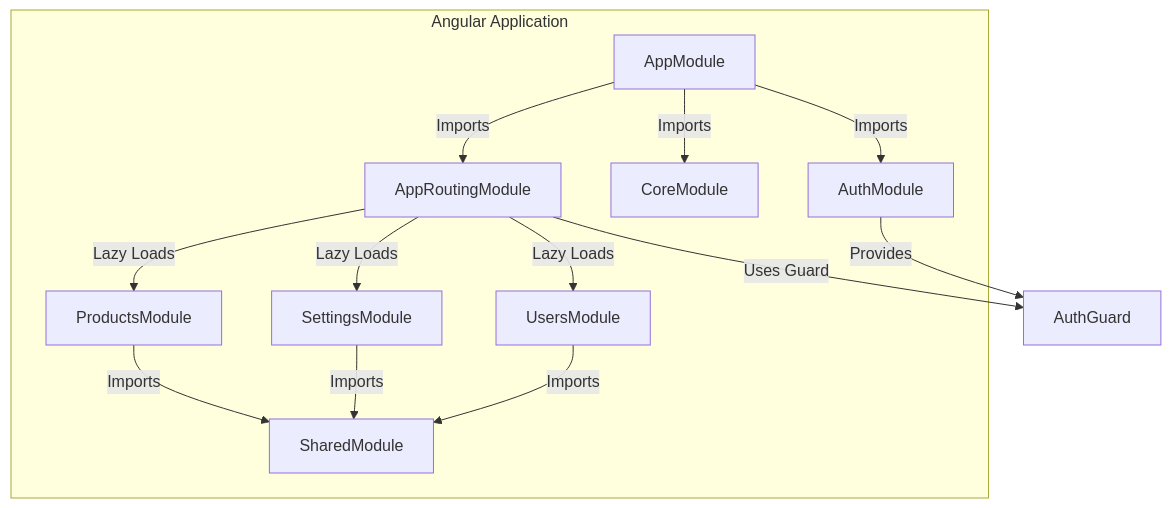
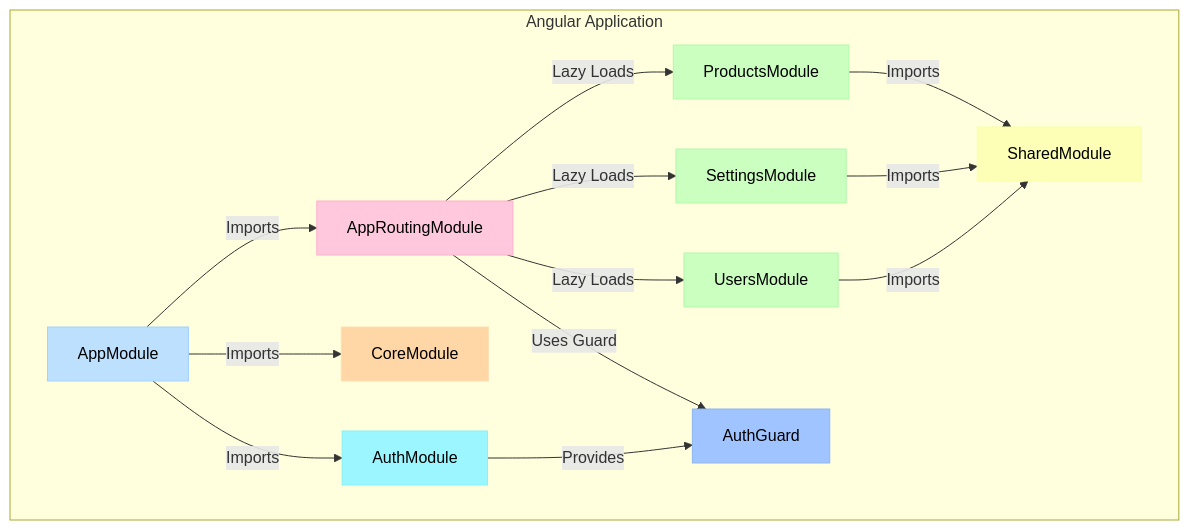
Before and after one commit to nickvander/fulcrum: the second of 2 diagrams in docs/concepts/architecture.md, drawn with Mermaid. The commit also changed other lines of this file, not shown here.

Commit message:
fix(docs): Correct Mermaid diagram syntax and add color scheme
- Corrects the syntax in the Mermaid diagrams to ensure they render correctly in the GitHub preview.
- Adds a modern, intuitive color scheme to both the backend and frontend architecture diagrams to improve readability and visual appeal.

````diff
--- a/docs/concepts/architecture.md
+++ b/docs/concepts/architecture.md
@@ -181,28 +192,37 @@
 ```mermaid
 graph TD
+    classDef app_module fill:#BDE0FE,stroke:#A2D2FF,color:#000
+    classDef routing_module fill:#FFC8DD,stroke:#FFAFCC,color:#000
+    classDef core_module fill:#FFD6A5,stroke:#FDDFB2,color:#000
+    classDef shared_module fill:#FDFFB6,stroke:#F9FFA4,color:#000
+    classDef feature_module fill:#CAFFBF,stroke:#B3F8AD,color:#000
+    classDef auth_module fill:#9BF6FF,stroke:#86F2FC,color:#000
+    classDef auth_guard fill:#A0C4FF,stroke:#8EB5F2,color:#000
+
     subgraph "Angular Application"
-        A[AppModule]
-        B[AppRoutingModule]
-        C[CoreModule]
-        D[SharedModule]
-        E[AuthModule]
-        F[ProductsModule]
-        G[SettingsModule]
-        H[UsersModule]
+        A["AppModule"]:::app_module
+        B["AppRoutingModule"]:::routing_module
+        C["CoreModule"]:::core_module
+        D["SharedModule"]:::shared_module
+        E["AuthModule"]:::auth_module
+        F["ProductsModule"]:::feature_module
+        G["SettingsModule"]:::feature_module
+        H["UsersModule"]:::feature_module
+        I["AuthGuard"]:::auth_guard
     end
 
-    A -- Imports --> B
-    A -- Imports --> C
-    A -- Imports --> E
+    A -- "Imports" --> B
+    A -- "Imports" --> C
+    A -- "Imports" --> E
 
-    B -- Lazy Loads --> F
-    B -- Lazy Loads --> G
-    B -- Lazy Loads --> H
+    B -- "Lazy Loads" --> F
+    B -- "Lazy Loads" --> G
+    B -- "Lazy Loads" --> H
 
-    F -- Imports --> D
-    G -- Imports --> D
-    H -- Imports --> D
+    F -- "Imports" --> D
+    G -- "Imports" --> D
+    H -- "Imports" --> D
 
-    E -- Provides --> AuthGuard
-    B -- Uses Guard --> AuthGuard
+    E -- "Provides" --> I
+    B -- "Uses Guard" --> I
 ```
````
